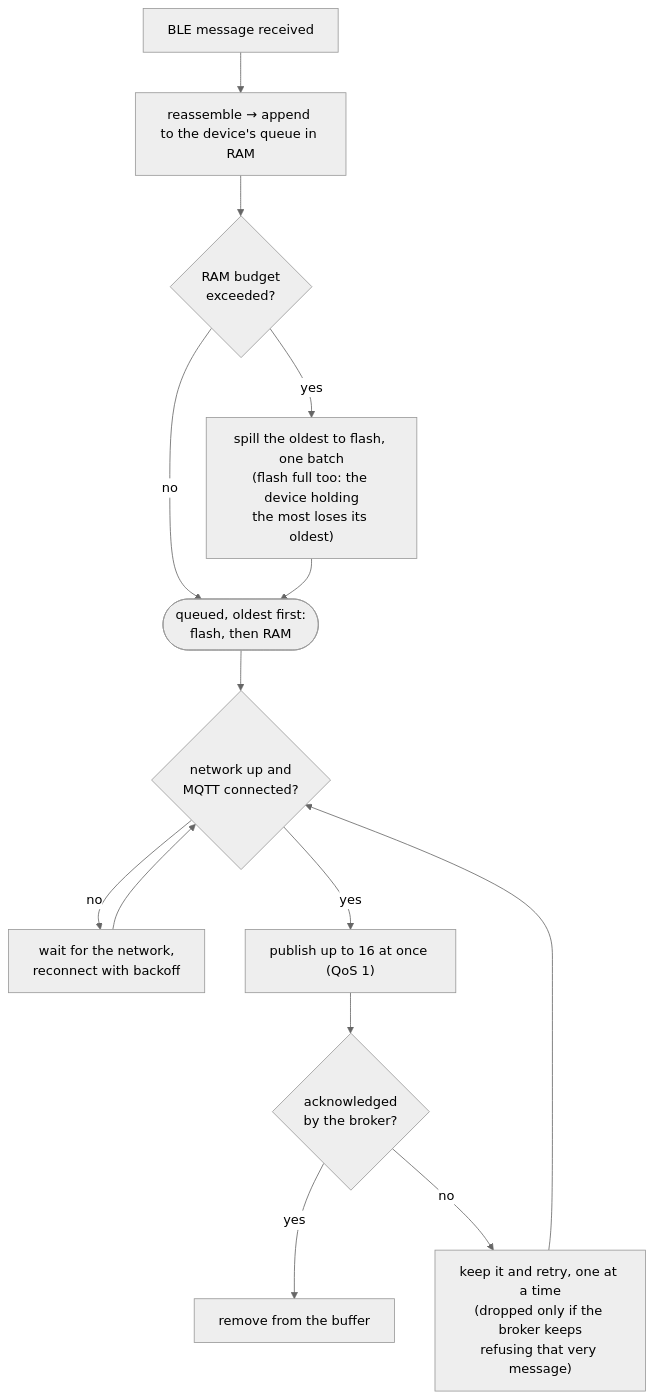
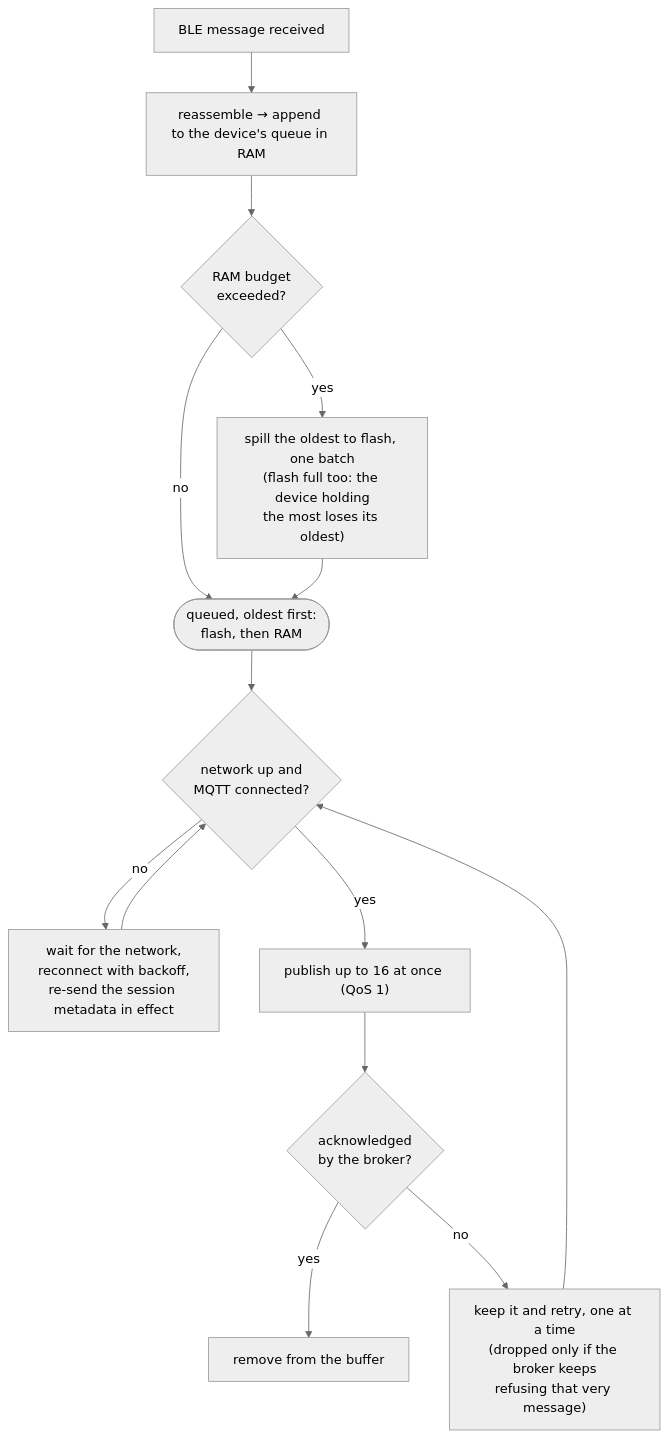
Before and after one commit to kucerah0nza/spotflow-android-gateway: the second of 2 diagrams in README.md, drawn with Mermaid (neutral theme). The commit also changed other lines of this file, not shown here.

First line of the commit message:
README: OTA status and protocol 1.1 throughout, diagrams included

````diff
--- a/README.md
+++ b/README.md
@@ -312,17 +332,17 @@
 ```mermaid
 flowchart TD
     A["BLE message received"] --> B["reassemble → append to the device's queue in RAM"]
     B --> R{"RAM budget<br/>exceeded?"}
     R -- "yes" --> S["spill the oldest to flash, one batch<br/>(flash full too: the device holding<br/>the most loses its oldest)"]
     Q(["queued, oldest first:<br/>flash, then RAM"])
     R -- "no" --> Q
     S --> Q
     Q --> C{"network up and<br/>MQTT connected?"}
-    C -- "no" --> W["wait for the network,<br/>reconnect with backoff"]
+    C -- "no" --> W["wait for the network,<br/>reconnect with backoff,<br/>re-send the session metadata in effect"]
     W --> C
     C -- "yes" --> P["publish up to 16 at once (QoS 1)"]
     P --> K{"acknowledged<br/>by the broker?"}
     K -- "yes" --> X["remove from the buffer"]
     K -- "no" --> F["keep it and retry, one at a time<br/>(dropped only if the broker keeps<br/>refusing that very message)"]
     F --> C
 ```
````
